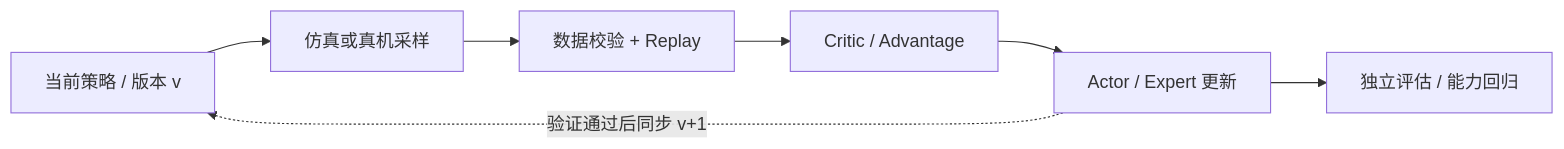
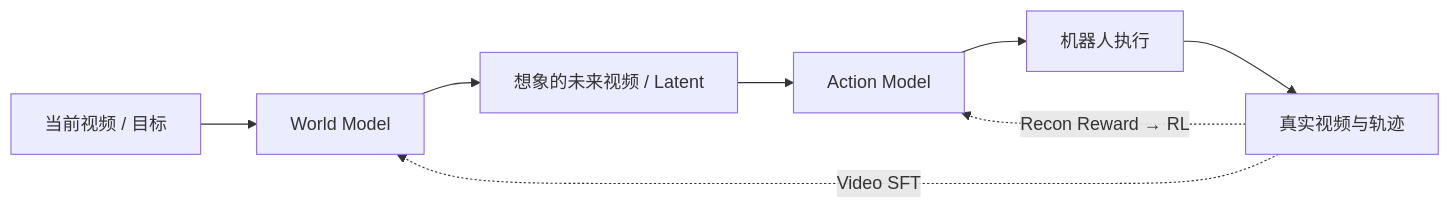
Before and after one commit to zengxiong111/zengxiong.github.io: the third of 4 diagrams in files/RL_Post_Training_ZH.md, drawn with Mermaid. The commit also changed other lines of this file and 7 other files, not shown here.

````diff
--- a/files/RL_Post_Training_ZH.md
+++ b/files/RL_Post_Training_ZH.md
@@ -140,9 +198,10 @@
 ```mermaid
 flowchart LR
-  P["当前策略 / 版本 v"] --> W["仿真或真机采样"]
-  W --> D["数据校验 + Replay"]
-  D --> C["Critic / Advantage"]
-  C --> U["Actor / Expert 更新"]
-  U -.->|验证通过后同步 v+1| P
-  U --> V["独立评估 / 能力回归"]
+  I["当前视频 / 目标"] --> W["World Model"]
+  W --> P["想象的未来视频 / Latent"]
+  P --> A["Action Model"]
+  A --> E["机器人执行"]
+  E --> O["真实视频与轨迹"]
+  O -.->|"Video SFT"| W
+  O -.->|"Recon Reward → RL"| A
 ```
````
